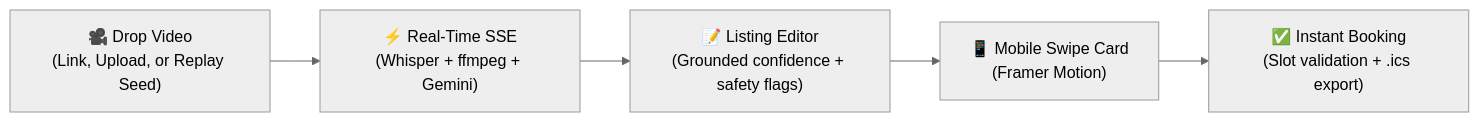
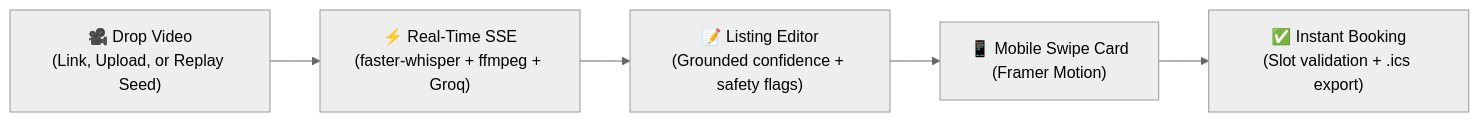
One commit to rudrakshSoni-dev/drop-to-listing-agent-xumanai changed the diagram in README.md. Above: the diagram before and after it, drawn with Mermaid (neutral theme). The commit also changed other lines of this file, not shown here.

Commit message:
docs: add live demo badge and update architecture diagram

````diff
--- a/README.md
+++ b/README.md
@@ -32,7 +33,7 @@
 ```mermaid
 flowchart LR
-    A["🎥 Drop Video\n(Link, Upload, or Replay Seed)"] --> B["⚡ Real-Time SSE\n(Whisper + ffmpeg + Gemini)"]
+    A["🎥 Drop Video\n(Link, Upload, or Replay Seed)"] --> B["⚡ Real-Time SSE\n(faster-whisper + ffmpeg + Groq)"]
     B --> C["📝 Listing Editor\n(Grounded confidence + safety flags)"]
     C --> D["📱 Mobile Swipe Card\n(Framer Motion)"]
     D --> E["✅ Instant Booking\n(Slot validation + .ics export)"]
 ```
````
